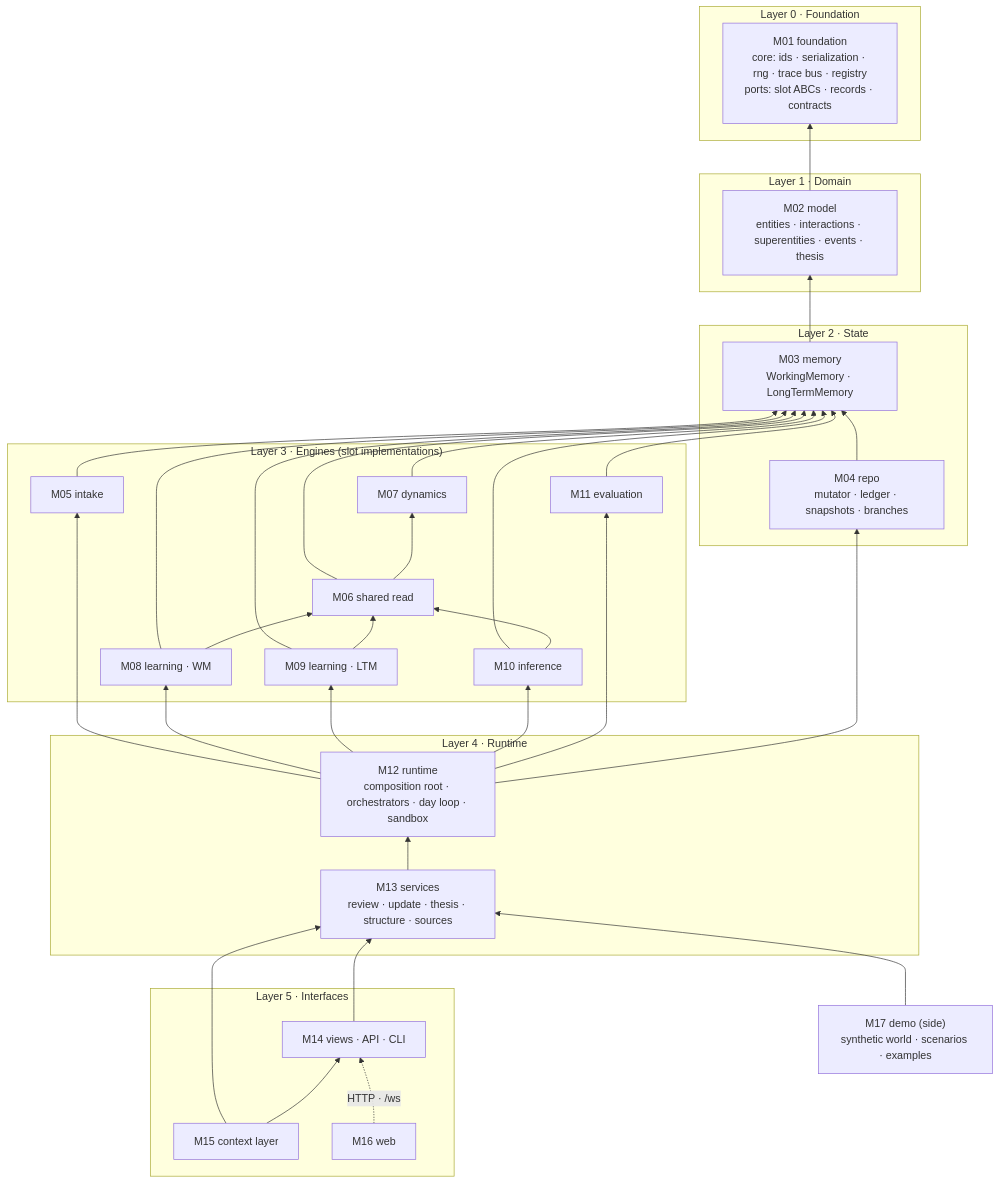
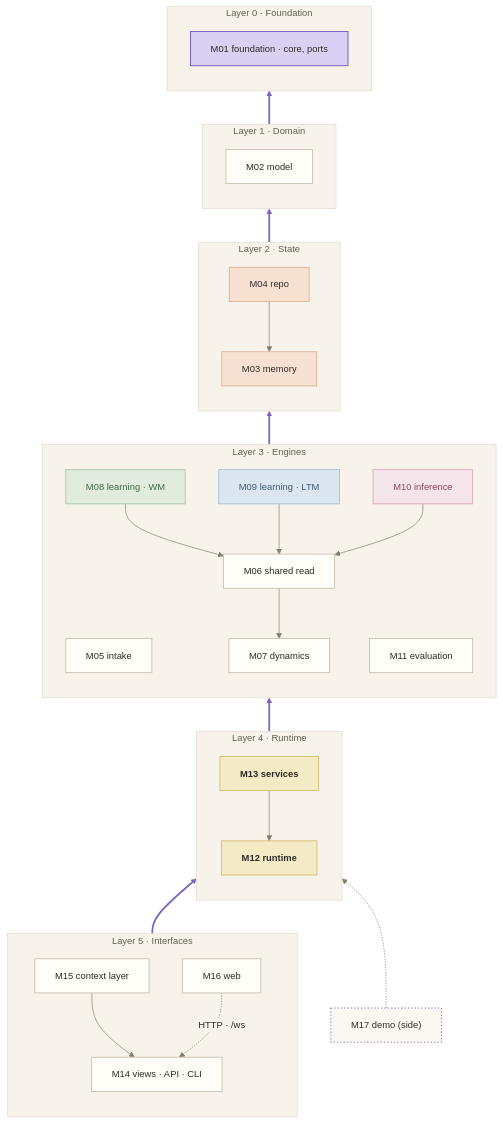
One commit to Axelrod-AI-Engineering/world-model changed the second of 7 diagrams in docs/design/architecture.md. Above: the diagram before and after it, drawn with Mermaid. The commit also changed other lines of this file and 17 other files, not shown here.

First line of the commit message:
Diagrams in the app's flowchart style, with the happy path in purple; leaner design docs

````diff
--- a/docs/design/architecture.md
+++ b/docs/design/architecture.md
@@ -55,45 +61,57 @@
 ```mermaid
+%% style: begin (scripts/docs/style_mermaid.py)
+%%{init: {"theme": "base", "themeVariables": {"fontSize": "14px", "primaryColor": "#FFFDF8", "primaryBorderColor": "#C9BFAF", "primaryTextColor": "#2F2A25", "lineColor": "#857C70", "textColor": "#2F2A25", "secondaryColor": "#F7F2EA", "tertiaryColor": "#FBF8F2", "edgeLabelBackground": "#F7F2EA", "clusterBkg": "#F7F2EA", "clusterBorder": "#E4DACB", "titleColor": "#665E54"}}}%%
+%% style: end
 flowchart BT
   subgraph L0["Layer 0 · Foundation"]
-    F["M01 foundation<br/>core: ids · serialization · rng · trace bus · registry<br/>ports: slot ABCs · records · contracts"]
+    F["M01 foundation · core, ports"]:::start
   end
   subgraph L1["Layer 1 · Domain"]
-    MODEL["M02 model<br/>entities · interactions · superentities · events · thesis"]
+    MODEL["M02 model"]:::step
   end
   subgraph L2["Layer 2 · State"]
-    MEMORY["M03 memory<br/>WorkingMemory · LongTermMemory"]
-    REPO["M04 repo<br/>mutator · ledger · snapshots · branches"]
+    MEMORY["M03 memory"]:::store
+    REPO["M04 repo"]:::store
   end
-  subgraph L3["Layer 3 · Engines (slot implementations)"]
-    INTAKE["M05 intake"]
-    SHARED["M06 shared read"]
-    DYN["M07 dynamics"]
-    LWM["M08 learning · WM"]
-    LLTM["M09 learning · LTM"]
-    INF["M10 inference"]
-    EVAL["M11 evaluation"]
+  subgraph L3["Layer 3 · Engines"]
+    INTAKE["M05 intake"]:::step
+    EVAL["M11 evaluation"]:::step
+    LWM["M08 learning · WM"]:::wm
+    LLTM["M09 learning · LTM"]:::ltm
+    INF["M10 inference"]:::both
+    SHARED["M06 shared read"]:::step
+    DYN["M07 dynamics"]:::step
   end
   subgraph L4["Layer 4 · Runtime"]
-    RT["M12 runtime<br/>composition root · orchestrators · day loop · sandbox"]
-    SVC["M13 services<br/>review · update · thesis · structure · sources"]
+    SVC["M13 services"]:::check
+    RT["M12 runtime"]:::check
   end
   subgraph L5["Layer 5 · Interfaces"]
-    API["M14 views · API · CLI"]
-    CTX["M15 context layer"]
-    WEB["M16 web"]
+    WEB["M16 web"]:::step
+    CTX["M15 context layer"]:::step
+    API["M14 views · API · CLI"]:::step
   end
-  DEMO["M17 demo (side)<br/>synthetic world · scenarios · examples"]
-
-  MODEL --> F
-  MEMORY --> MODEL
+  L1 ==> L0
+  L2 ==> L1
+  L3 ==> L2
+  L4 ==> L3
+  L5 ==> L4
   REPO --> MEMORY
-  INTAKE & SHARED & DYN & LWM & LLTM & INF & EVAL --> MEMORY
+  LWM & LLTM & INF --> SHARED
   SHARED --> DYN
-  LWM & LLTM & INF --> SHARED
-  RT --> INTAKE & LWM & LLTM & INF & EVAL & REPO
   SVC --> RT
-  API --> SVC
-  CTX --> SVC & API
-  WEB -. "HTTP · /ws" .-> API
-  DEMO --> SVC
+  CTX --> API
+  WEB -.->|HTTP · /ws| API
+  DEMO["M17 demo (side)"]:::ext -.-> L4
+  %% style: classes and happy path
+  classDef start fill:#DAD0F4,stroke:#7C64C4,stroke-width:1.5px,color:#2F2A25
+  classDef step fill:#FFFDF8,stroke:#C9BFAF,stroke-width:1.3px,color:#2F2A25
+  classDef check fill:#F5EAC6,stroke:#D2BB72,stroke-width:1.3px,color:#2F2A25,font-weight:600
+  classDef store fill:#F7E1D3,stroke:#E0B092,stroke-width:1.3px,color:#2F2A25
+  classDef wm fill:#E1ECDF,stroke:#A9C6A9,stroke-width:1.3px,color:#3E6A46
+  classDef ltm fill:#DCE6F0,stroke:#A9BFD6,stroke-width:1.3px,color:#3B5B7C
+  classDef both fill:#F5E4E9,stroke:#D9A9B8,stroke-width:1.3px,color:#93465F
+  classDef ext fill:#FBF8F2,stroke:#7C64C4,stroke-width:1.3px,stroke-dasharray:2 3,color:#2F2A25
+  linkStyle 0,1,2,3,4 stroke:#7C64C4,stroke-width:2.6px,color:#5B4A99
+  %% style: end
 ```
````
